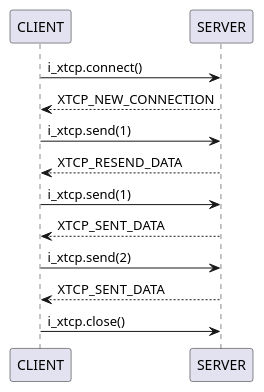
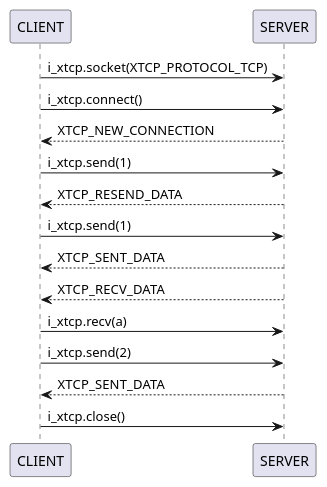
The fifth of 6 diagrams in doc/rst/lib_xtcp.rst (xmos/lib_xtcp), drawn with PlantUML before and after one commit. The commit also changed other lines of this file and 2 other files, not shown here.

```diff
--- a/doc/rst/lib_xtcp.rst
+++ b/doc/rst/lib_xtcp.rst
@@ -292,18 +379,23 @@
 .. uml::
   :caption: Example TCP/IP send sequence
   :align: center
-  :width: 40%
+  :width: 50%
+
+  CLIENT -> SERVER: i_xtcp.socket(XTCP_PROTOCOL_TCP)
 
   CLIENT -> SERVER: i_xtcp.connect()
   SERVER --> CLIENT: XTCP_NEW_CONNECTION
 
   CLIENT -> SERVER: i_xtcp.send(1)
   SERVER --> CLIENT: XTCP_RESEND_DATA
 
   CLIENT -> SERVER: i_xtcp.send(1)
   SERVER --> CLIENT: XTCP_SENT_DATA
+  
+  SERVER --> CLIENT: XTCP_RECV_DATA
+  CLIENT -> SERVER: i_xtcp.recv(a)
 
   CLIENT -> SERVER: i_xtcp.send(2)
   SERVER --> CLIENT: XTCP_SENT_DATA
 
   CLIENT -> SERVER: i_xtcp.close()
```
